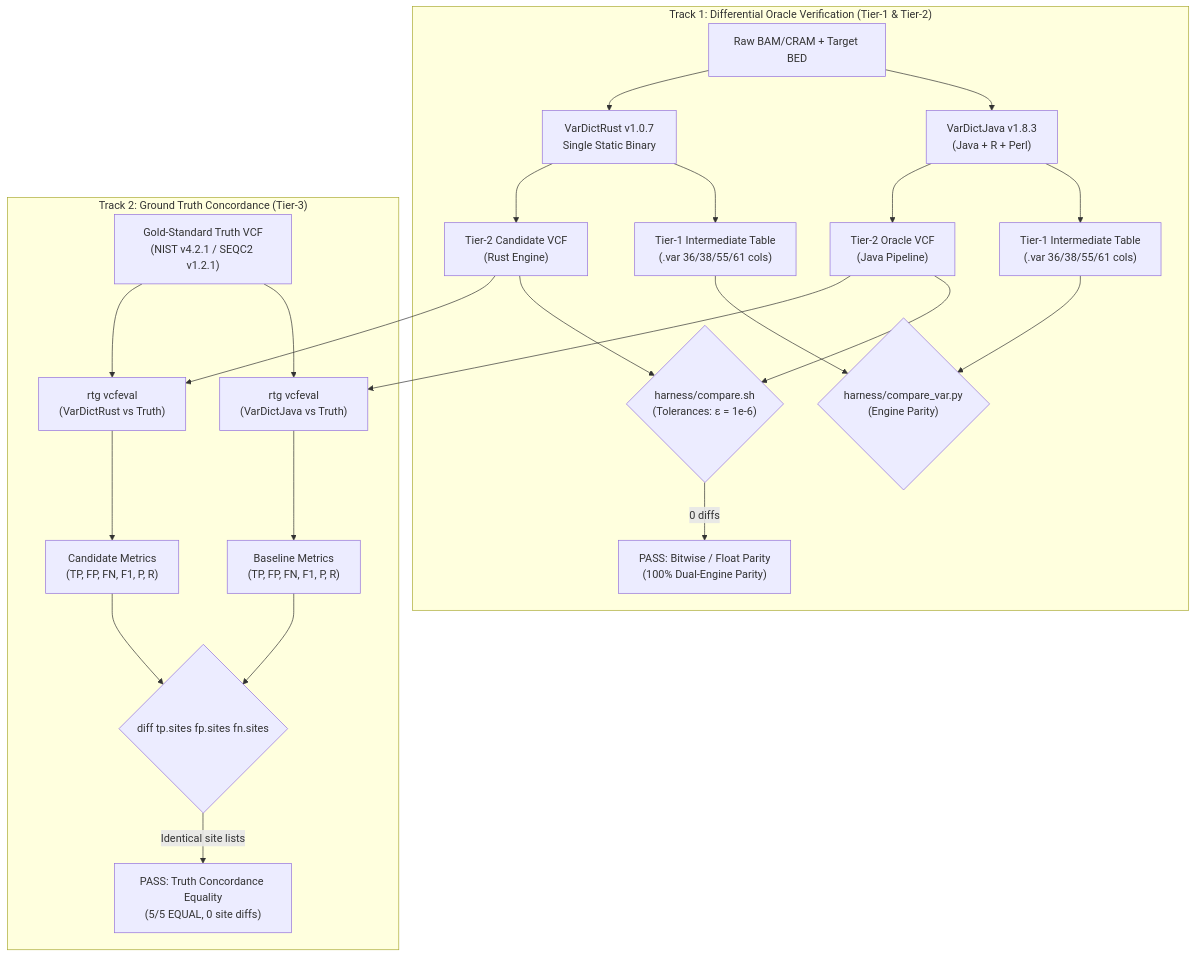
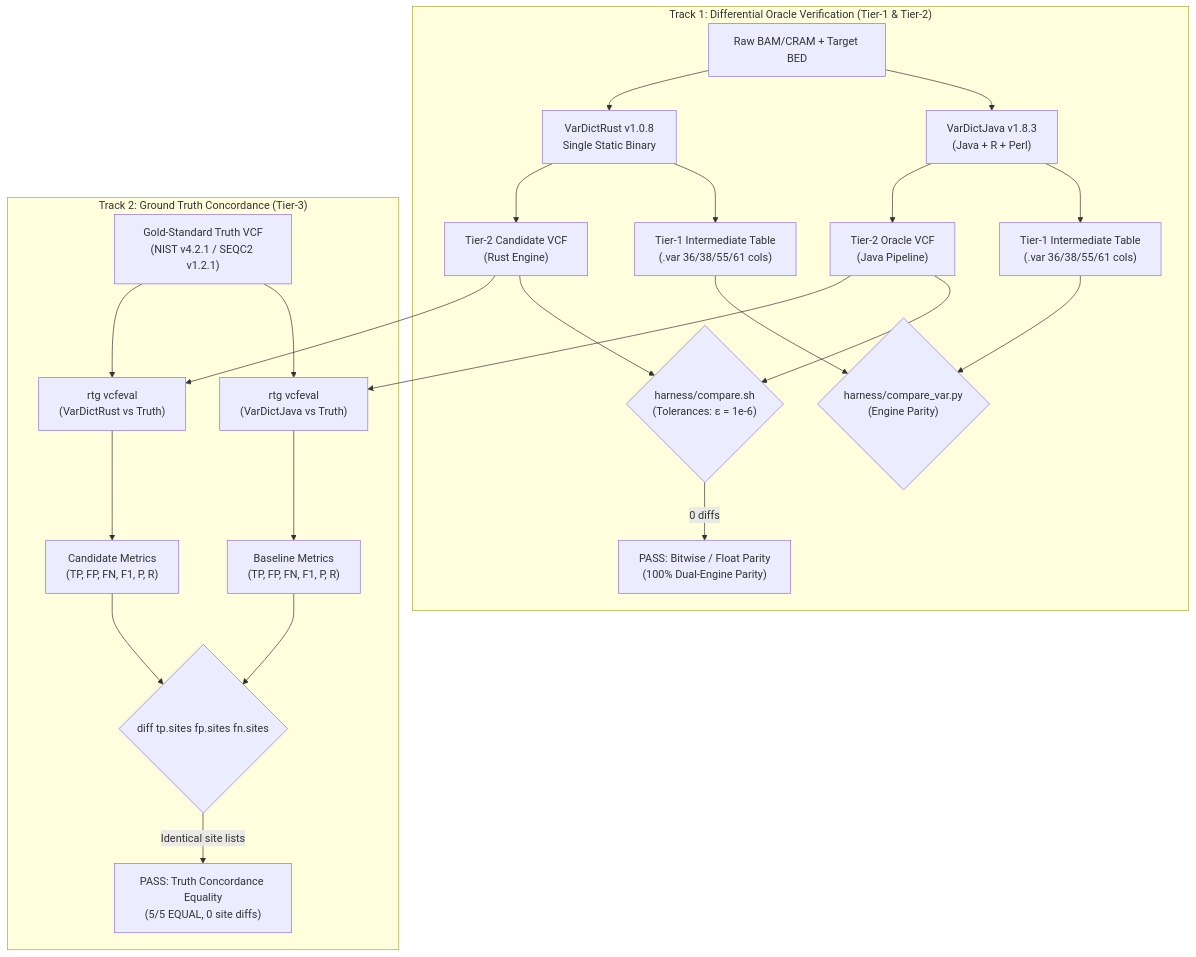
Before and after one commit to palakpsheth/VarDictRust: the diagram in docs/validation/omnibus-empirical-validation.md, drawn with Mermaid. The commit also changed other lines of this file and 41 other files, not shown here.

First line of the commit message:
chore(release): prepare VarDictRust v1.0.8 (#118)

````diff
--- a/docs/validation/omnibus-empirical-validation.md
+++ b/docs/validation/omnibus-empirical-validation.md
@@ -62,27 +62,27 @@
 ```mermaid
 flowchart TD
     subgraph Track1 ["Track 1: Differential Oracle Verification (Tier-1 & Tier-2)"]
         D1["Raw BAM/CRAM + Target BED"] --> VDJ["VarDictJava v1.8.3\n(Java + R + Perl)"]
-        D1 --> VDR["VarDictRust v1.0.7<br/>Single Static Binary"]
+        D1 --> VDR["VarDictRust v1.0.8<br/>Single Static Binary"]
         VDJ --> VAR_J["Tier-1 Intermediate Table\n(.var 36/38/55/61 cols)"]
         VDR --> VAR_R["Tier-1 Intermediate Table\n(.var 36/38/55/61 cols)"]
         VAR_J & VAR_R --> CMP_VAR{"harness/compare_var.py\n(Engine Parity)"}
         VDJ --> VCF_J["Tier-2 Oracle VCF\n(Java Pipeline)"]
         VDR --> VCF_R["Tier-2 Candidate VCF\n(Rust Engine)"]
         VCF_J --> CMP{"harness/compare.sh\n(Tolerances: ε = 1e-6)"}
         VCF_R --> CMP
         CMP -->|0 diffs| MATCH["PASS: Bitwise / Float Parity\n(100% Dual-Engine Parity)"]
     end
 
     subgraph Track2 ["Track 2: Ground Truth Concordance (Tier-3)"]
         VCF_J --> RTG1["rtg vcfeval\n(VarDictJava vs Truth)"]
         VCF_R --> RTG2["rtg vcfeval\n(VarDictRust vs Truth)"]
         TRUTH["Gold-Standard Truth VCF\n(NIST v4.2.1 / SEQC2 v1.2.1)"] --> RTG1
         TRUTH --> RTG2
         RTG1 --> MET_J["Baseline Metrics\n(TP, FP, FN, F1, P, R)"]
         RTG2 --> MET_R["Candidate Metrics\n(TP, FP, FN, F1, P, R)"]
         MET_J --> DIFF{"diff tp.sites fp.sites fn.sites"}
         MET_R --> DIFF
         DIFF -->|Identical site lists| EQUAL["PASS: Truth Concordance Equality\n(5/5 EQUAL, 0 site diffs)"]
     end
 ```
````
